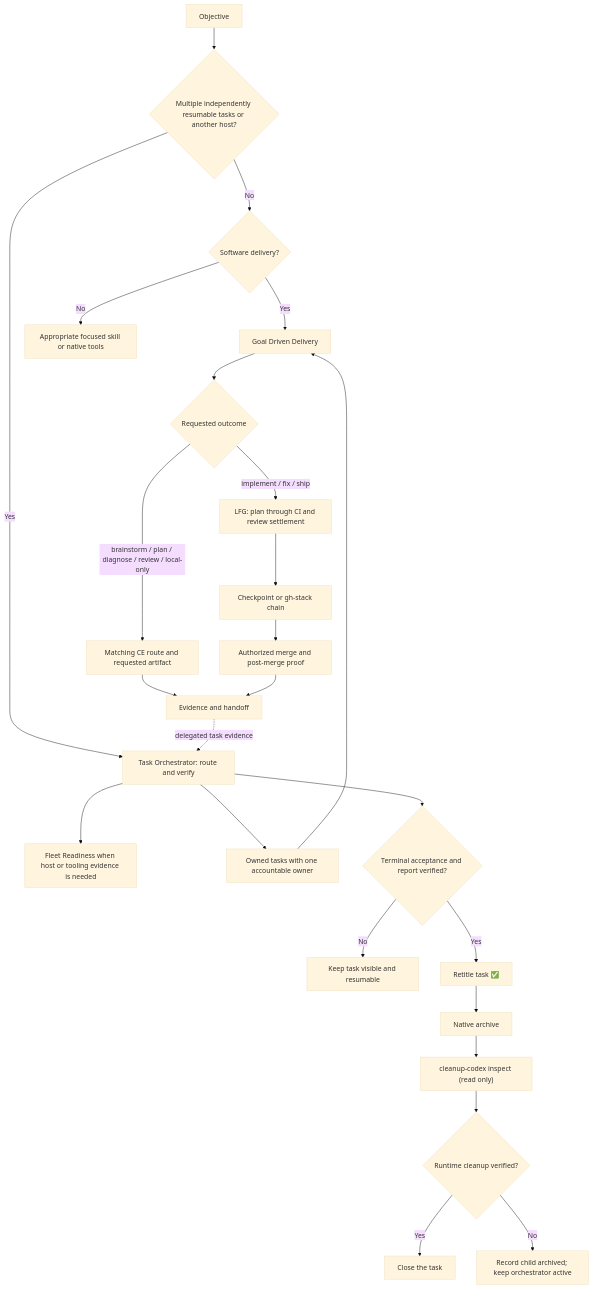
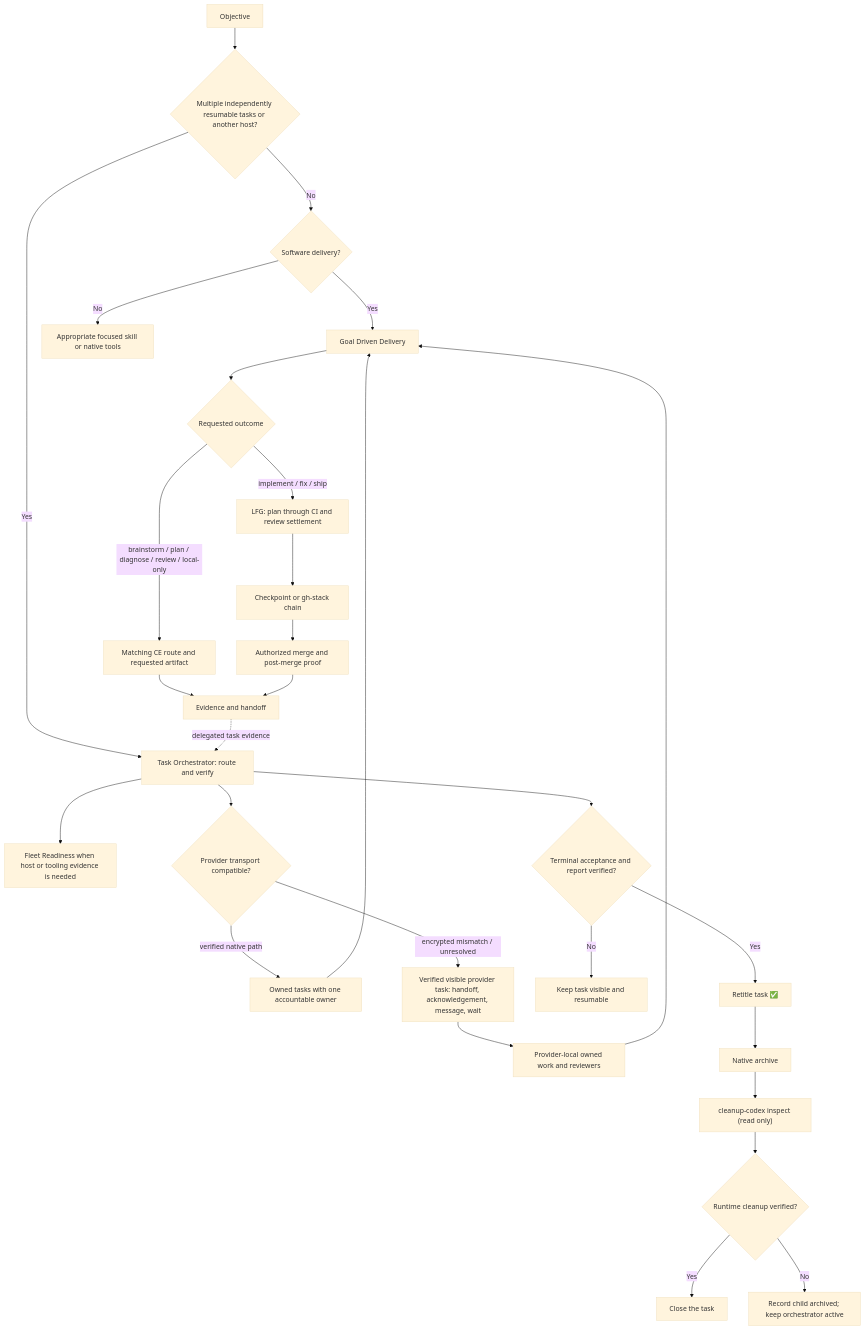
One commit to novotnyllc/agent-utilities changed the diagram in docs/delivery-workflows.md. Above: the diagram before and after it, drawn with Mermaid (base theme). The commit also changed other lines of this file and 9 other files, not shown here.

Commit message:
fix(orchestrator): route encrypted cross-provider work

````diff
--- a/docs/delivery-workflows.md
+++ b/docs/delivery-workflows.md
@@ -60,27 +60,31 @@
 ```mermaid
 flowchart TD
     request["Objective"] --> decision{"Multiple independently resumable tasks or another host?"}
     decision -- No --> kind{"Software delivery?"}
     kind -- Yes --> gdd["Goal Driven Delivery"]
     kind -- No --> direct["Appropriate focused skill or native tools"]
     decision -- Yes --> orchestrator["Task Orchestrator: route and verify"]
     orchestrator --> readiness["Fleet Readiness when host or tooling evidence is needed"]
-    orchestrator --> lanes["Owned tasks with one accountable owner"]
+    orchestrator --> providerRoute{"Provider transport compatible?"}
+    providerRoute -- "verified native path" --> lanes["Owned tasks with one accountable owner"]
+    providerRoute -- "encrypted mismatch / unresolved" --> providerTask["Verified visible provider task: handoff, acknowledgement, message, wait"]
+    providerTask --> providerLanes["Provider-local owned work and reviewers"]
     lanes --> gdd
+    providerLanes --> gdd
     gdd --> intent{"Requested outcome"}
     intent -- "brainstorm / plan / diagnose / review / local-only" --> narrow["Matching CE route and requested artifact"]
     intent -- "implement / fix / ship" --> lfg["LFG: plan through CI and review settlement"]
     lfg --> checkpoint["Checkpoint or gh-stack chain"]
     checkpoint --> merge["Authorized merge and post-merge proof"]
     narrow --> evidence["Evidence and handoff"]
     merge --> evidence
     evidence -. delegated task evidence .-> orchestrator
     orchestrator --> terminal{"Terminal acceptance and report verified?"}
     terminal -- No --> resumable["Keep task visible and resumable"]
     terminal -- Yes --> retitle["Retitle task ✅"]
     retitle --> archive["Native archive"]
     archive --> inspect["cleanup-codex inspect (read only)"]
     inspect --> verified{"Runtime cleanup verified?"}
     verified -- Yes --> closed["Close the task"]
     verified -- No --> unresolved["Record child archived; keep orchestrator active"]
 ```
````
